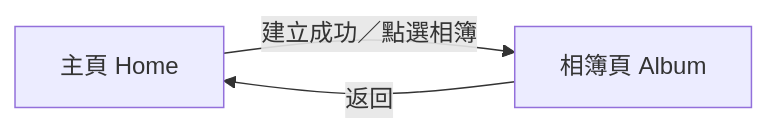
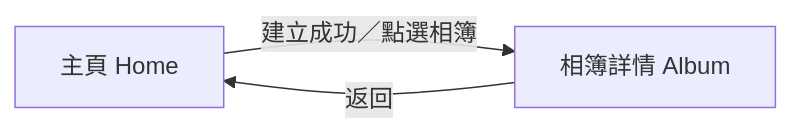
One commit to Waterball-Limited-Company/Jochu-lv1-training-course changed the seventh of 7 diagrams in specs/001-photo-albums/system-analyze/ui-plan.md. Above: the diagram before and after it, drawn with Mermaid. The commit also changed other lines of this file and 54 other files, not shown here.

````diff
--- a/specs/001-photo-albums/system-analyze/ui-plan.md
+++ b/specs/001-photo-albums/system-analyze/ui-plan.md
@@ -261,8 +269,8 @@
 ```mermaid
 flowchart LR
     Home[主頁 Home]
-    Album[相簿頁 Album]
+    Album[相簿詳情 Album]
 
     Home -->|建立成功／點選相簿| Album
     Album -->|返回| Home
 ```
````
